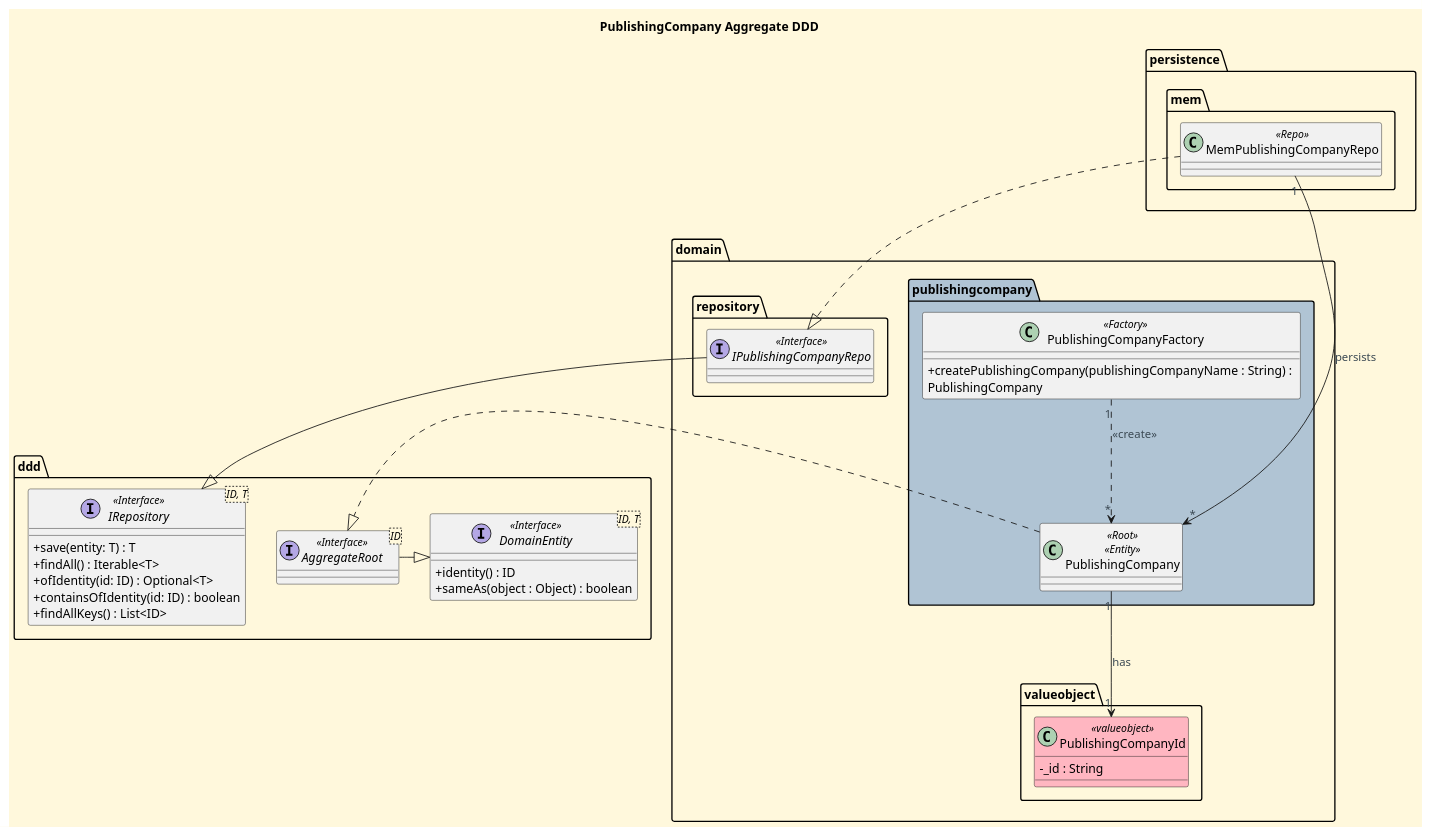
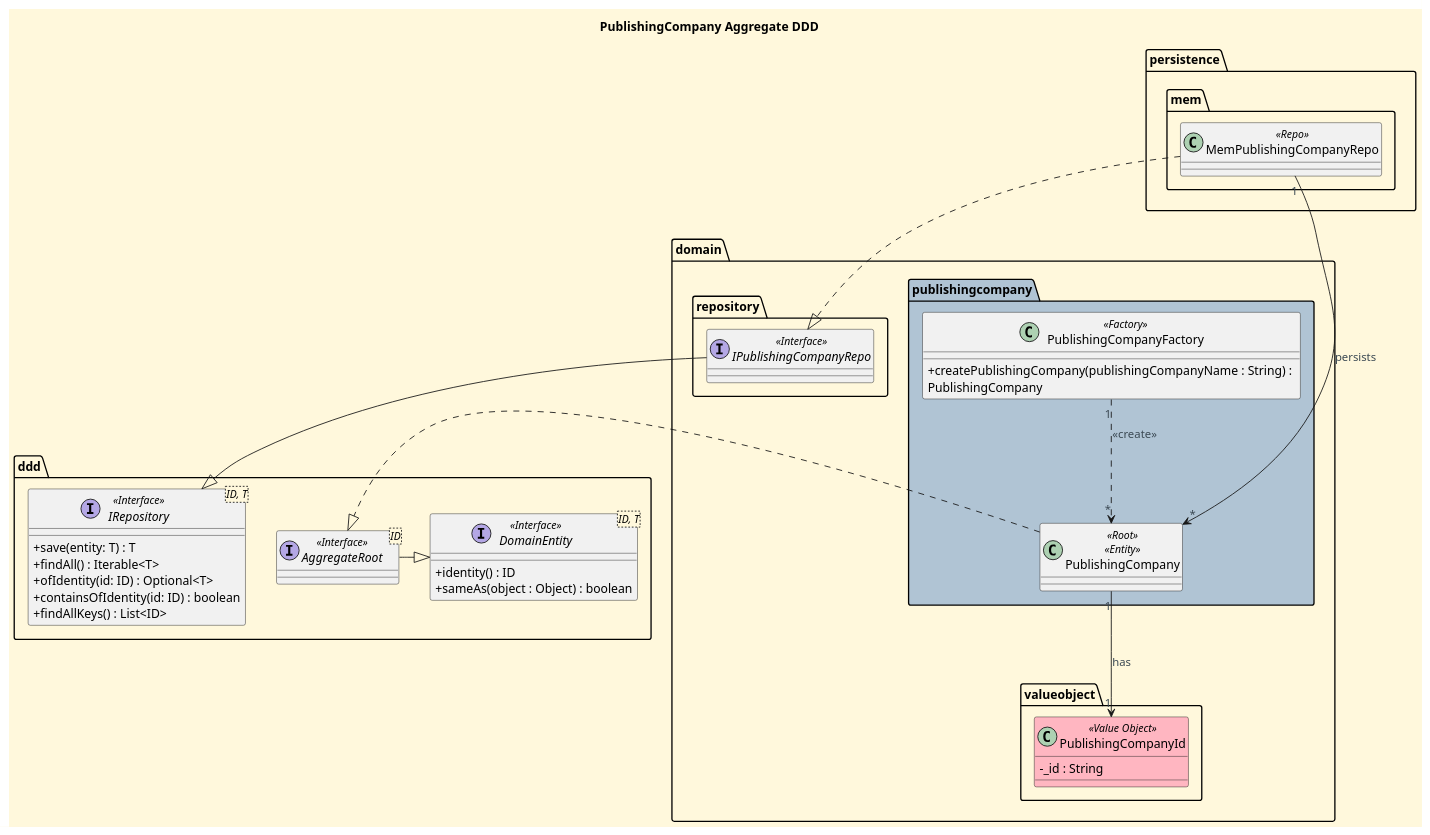
One commit to CarolinaLeite-collab/JavaMarketplacePlatform changed the diagram in docs/aggregates-diagrams/Publishing_Company_Aggregate.puml. Above: the diagram before and after it, drawn with PlantUML.

Commit message:
docs: fix diagram stereotype casing for PublishingCompanyId, ref. #614

```diff
--- a/docs/aggregates-diagrams/Publishing_Company_Aggregate.puml
+++ b/docs/aggregates-diagrams/Publishing_Company_Aggregate.puml
@@ -1,88 +1,88 @@
 @startuml
 'https://plantuml.com/class-diagram
 title PublishingCompany Aggregate DDD
 
 '==== basic style ====
 skinparam monochrome false
 skinparam shadowing false
 skinparam defaultFontName Futura
 skinparam objectFontSize 20
 skinparam backgroundColor CornSilk
 skinparam objectBackgroundColor WhiteSmoke
 skinparam noteBackgroundColor #FFFFE0
 skinparam ArrowFontColor #3B4953
 skinparam ActivationBackgroundColor black
 skinparam classAttributeIconSize 0
 
 top to bottom direction
 
 package "persistence" {
 
     package "mem" {
 
         class MemPublishingCompanyRepo <<Repo>> {
         }
 
     }
 }
 
 package "domain" {
 
     package "repository" {
 
         interface IPublishingCompanyRepo <<Interface>> {
         }
 
     }
 
     package "valueobject" {
 
-        class PublishingCompanyId <<valueobject>> #LightPink {
+        class PublishingCompanyId <<Value Object>> #LightPink {
         - _id : String
         }
 
     }
 
     package "publishingcompany" #b0c4d4 {
 
         class PublishingCompany <<Root>> <<Entity>> {
         }
 
         class PublishingCompanyFactory <<Factory>> {
         + createPublishingCompany(publishingCompanyName : String) : \nPublishingCompany
 
         }
 
     }
 
 }
 
 Package "ddd" {
     interface IRepository<ID, T> <<Interface>> {
         +save(entity: T) : T
         +findAll() : Iterable<T>
         +ofIdentity(id: ID) : Optional<T>
         +containsOfIdentity(id: ID) : boolean
         +findAllKeys() : List<ID>
     }
 
     interface AggregateRoot <ID> <<Interface>> {
     }
     interface DomainEntity<ID, T> <<Interface>> {
         +identity() : ID
         +sameAs(object : Object) : boolean
     }
 }
 
 
 MemPublishingCompanyRepo ..|> IPublishingCompanyRepo
 IPublishingCompanyRepo --|> IRepository
 MemPublishingCompanyRepo "1" --> "*" PublishingCompany : persists
 
 PublishingCompany "1" --> "1" PublishingCompanyId: has
 
 PublishingCompanyFactory "1" ..> "*" PublishingCompany: <<create>>
 
 AggregateRoot -|> DomainEntity
 PublishingCompany .|> AggregateRoot
 @enduml
```
